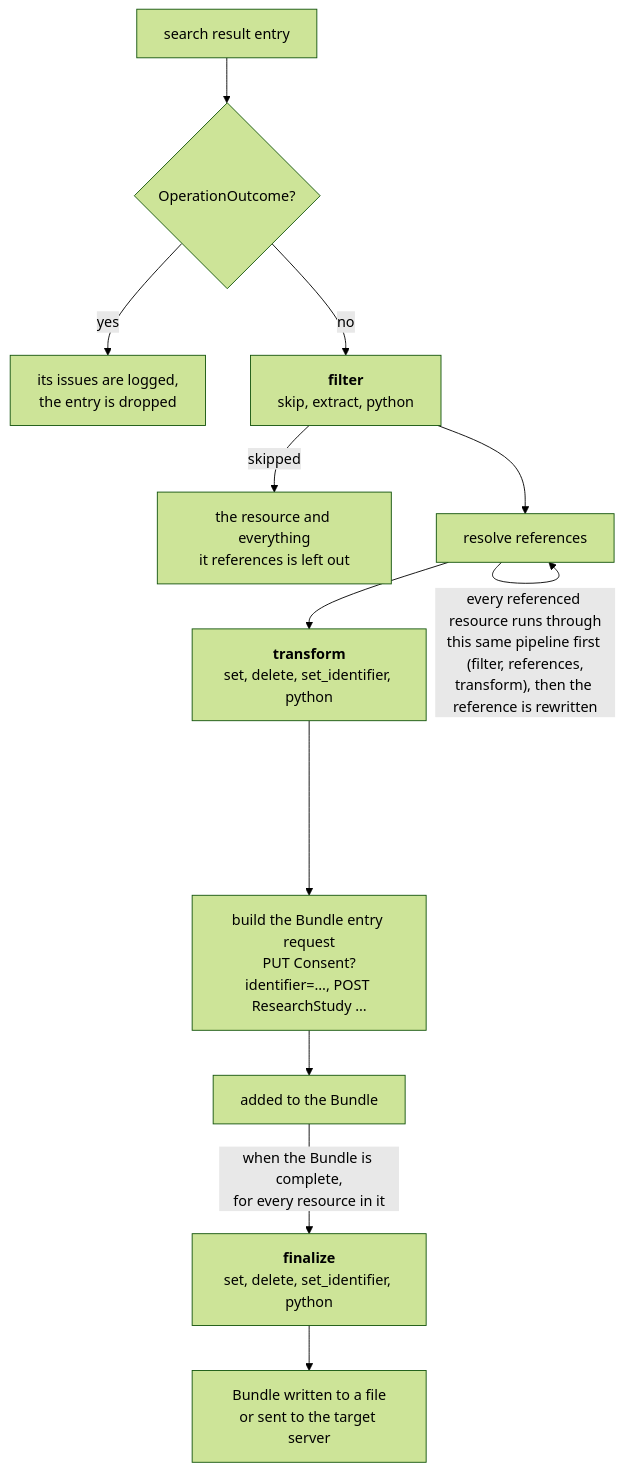
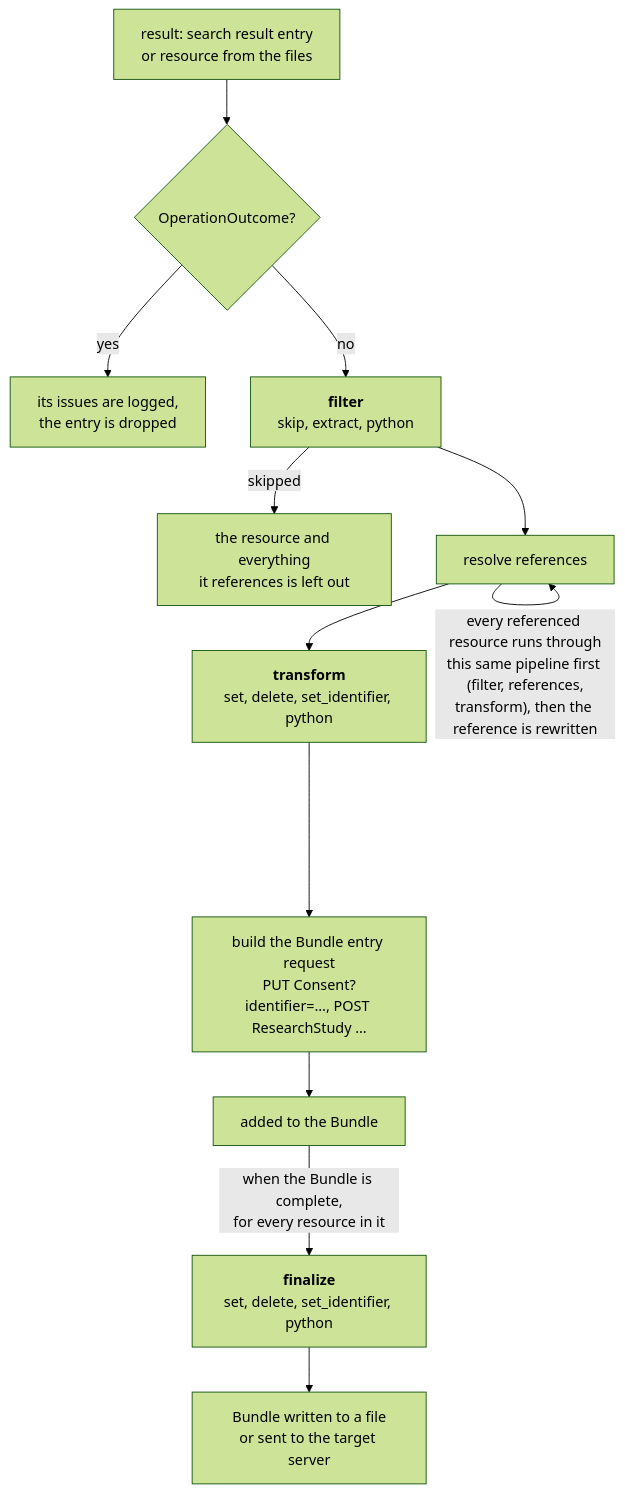
One commit to haemka/fhirsync changed the diagram in docs/rules.md. Above: the diagram before and after it, drawn with Mermaid (forest theme). The commit also changed other lines of this file and 22 other files, not shown here.

````diff
--- a/docs/rules.md
+++ b/docs/rules.md
@@ -30,14 +30,14 @@
 ```mermaid
 flowchart TD
-    entry["search result entry"] --> outcome{"OperationOutcome?"}
+    entry["result: search result entry<br/>or resource from the files"] --> outcome{"OperationOutcome?"}
     outcome -- yes --> dropped["its issues are logged,<br/>the entry is dropped"]
     outcome -- no --> filter["<b>filter</b><br/>skip, extract, python"]
     filter -- "skipped" --> left_out["the resource and everything<br/>it references is left out"]
     filter --> references["resolve references"]
     references -- "every referenced resource runs through<br/>this same pipeline first (filter, references,<br/>transform), then the reference is rewritten" --> references
     references --> transform["<b>transform</b><br/>set, delete, set_identifier, python"]
     transform --> request["build the Bundle entry request<br/>PUT Consent?identifier=…, POST ResearchStudy …"]
     request --> bundle["added to the Bundle"]
     bundle -- "when the Bundle is complete,<br/>for every resource in it" --> finalize["<b>finalize</b><br/>set, delete, set_identifier, python"]
     finalize --> output["Bundle written to a file<br/>or sent to the target server"]
 ```
````
